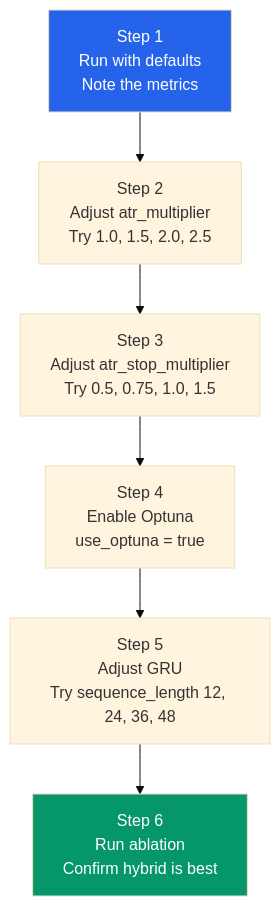
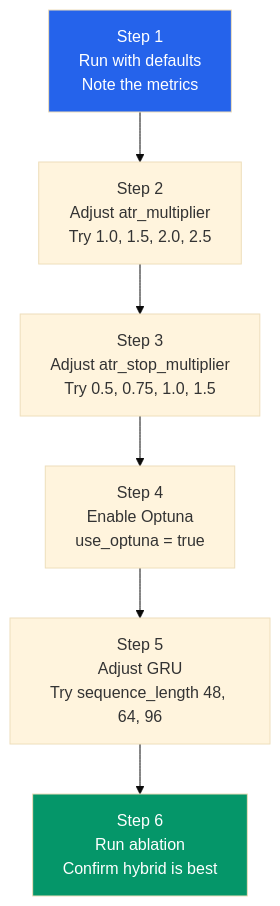
Before and after one commit to ultimateBroK/thesis-hybrid-stacking: the fifth of 5 diagrams in docs/CONFIGURATION.md, drawn with Mermaid (base theme). The commit also changed other lines of this file and 25 other files, not shown here.

````diff
--- a/docs/CONFIGURATION.md
+++ b/docs/CONFIGURATION.md
@@ -424,12 +438,12 @@
 ```mermaid
 flowchart TD
     S1["Step 1<br/>Run with defaults<br/>Note the metrics"] --> S2
     S2["Step 2<br/>Adjust atr_multiplier<br/>Try 1.0, 1.5, 2.0, 2.5"] --> S3
     S3["Step 3<br/>Adjust atr_stop_multiplier<br/>Try 0.5, 0.75, 1.0, 1.5"] --> S4
     S4["Step 4<br/>Enable Optuna<br/>use_optuna = true"] --> S5
-    S5["Step 5<br/>Adjust GRU<br/>Try sequence_length 12, 24, 36, 48"] --> S6
+    S5["Step 5<br/>Adjust GRU<br/>Try sequence_length 48, 64, 96"] --> S6
     S6["Step 6<br/>Run ablation<br/>Confirm hybrid is best"]
 
     style S1 fill:#2563EB,color:#fff
     style S6 fill:#059669,color:#fff
 ```
````
